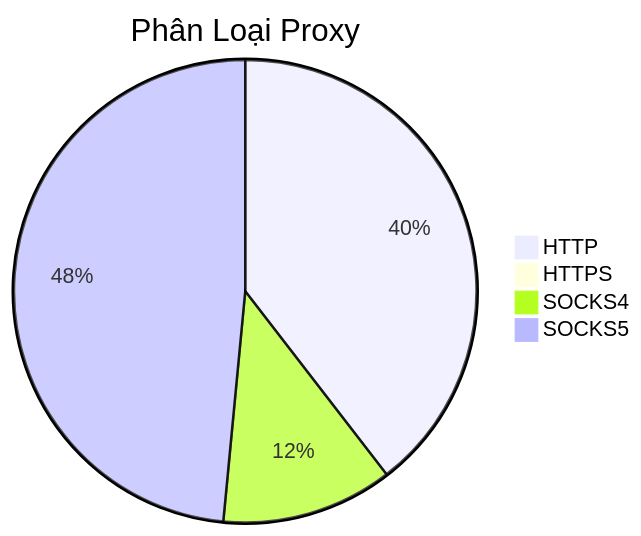
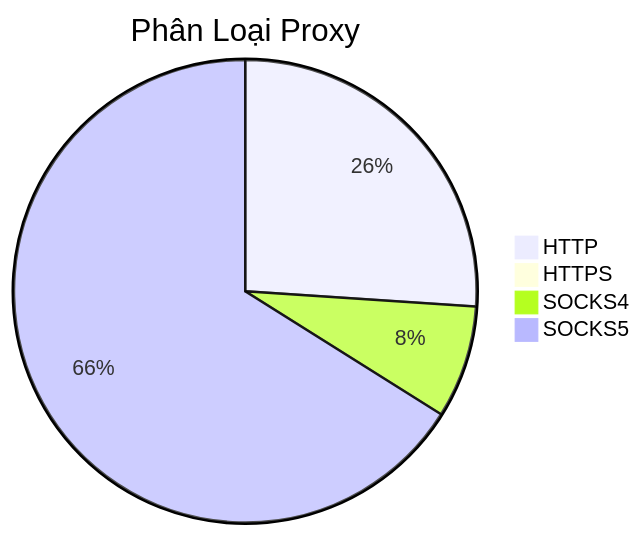
Before and after one commit to Ciara-Aa/PROXY-free: the diagram in README.md, drawn with Mermaid. The commit also changed other lines of this file and 4 other files, not shown here.

````diff
--- a/README.md
+++ b/README.md
@@ -26,7 +26,7 @@
 ```mermaid
 pie title Phân Loại Proxy
-    "HTTP" : 849
-    "HTTPS" : 2
-    "SOCKS4" : 257
-    "SOCKS5" : 1041
+    "HTTP" : 788
+    "HTTPS" : 0
+    "SOCKS4" : 238
+    "SOCKS5" : 1998
 ```
````
